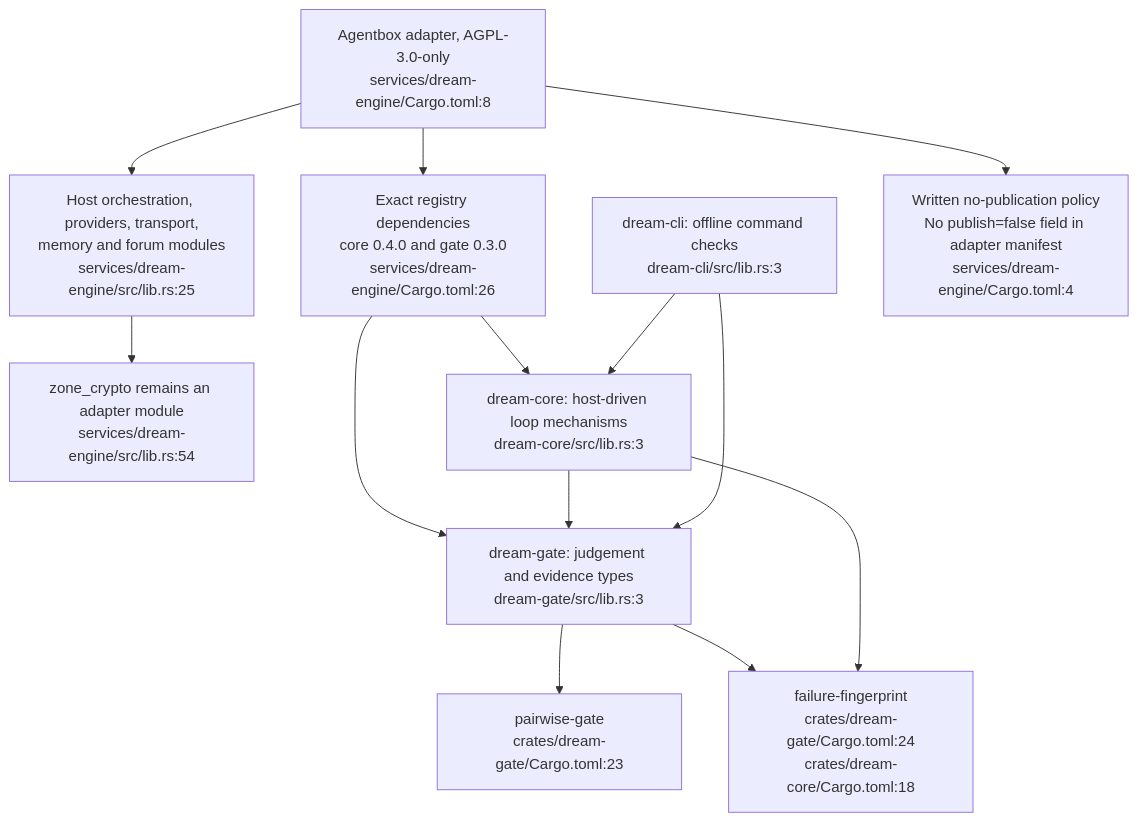
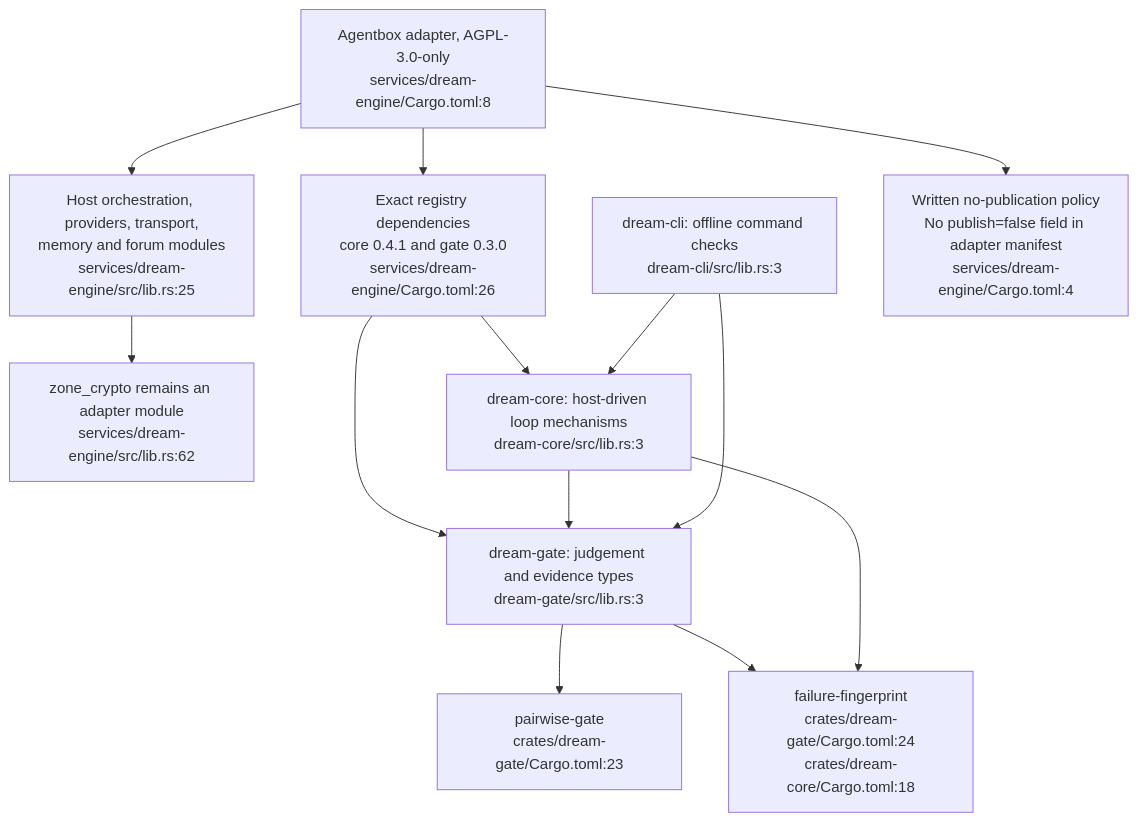
One commit to DreamLab-AI/VisionFlow changed the third of 24 diagrams in docs/diagrams/agentbox/23-dream-engine.md. Above: the diagram before and after it, drawn with Mermaid. The commit also changed other lines of this file, not shown here.

First line of the commit message:
docs(diagrams): re-stamp AB-23 dream engine at agentbox 720e0d896 and dream-engine b40d507

````diff
--- a/docs/diagrams/agentbox/23-dream-engine.md
+++ b/docs/diagrams/agentbox/23-dream-engine.md
@@ -171,15 +171,15 @@
 ```mermaid
 flowchart TB
     AD["Agentbox adapter, AGPL-3.0-only<br/>services/dream-engine/Cargo.toml:8"] --> MODULES["Host orchestration, providers, transport,<br/>memory and forum modules<br/>services/dream-engine/src/lib.rs:25"]
-    MODULES --> ENVELOPE["zone_crypto remains an adapter module<br/>services/dream-engine/src/lib.rs:54"]
-    AD --> PIN["Exact registry dependencies<br/>core 0.4.0 and gate 0.3.0<br/>services/dream-engine/Cargo.toml:26"]
+    MODULES --> ENVELOPE["zone_crypto remains an adapter module<br/>services/dream-engine/src/lib.rs:62"]
+    AD --> PIN["Exact registry dependencies<br/>core 0.4.1 and gate 0.3.0<br/>services/dream-engine/Cargo.toml:26"]
     PIN --> CORE["dream-core: host-driven loop mechanisms<br/>dream-core/src/lib.rs:3"]
     PIN --> GATE["dream-gate: judgement and evidence types<br/>dream-gate/src/lib.rs:3"]
     CORE --> GATE
     GATE --> PAIR["pairwise-gate<br/>crates/dream-gate/Cargo.toml:23"]
     GATE --> FP["failure-fingerprint<br/>crates/dream-gate/Cargo.toml:24<br/>crates/dream-core/Cargo.toml:18"]
     CORE --> FP
     CLI["dream-cli: offline command checks<br/>dream-cli/src/lib.rs:3"] --> CORE
     CLI --> GATE
     AD --> POLICY["Written no-publication policy<br/>No publish=false field in adapter manifest<br/>services/dream-engine/Cargo.toml:4"]
 ```
````
